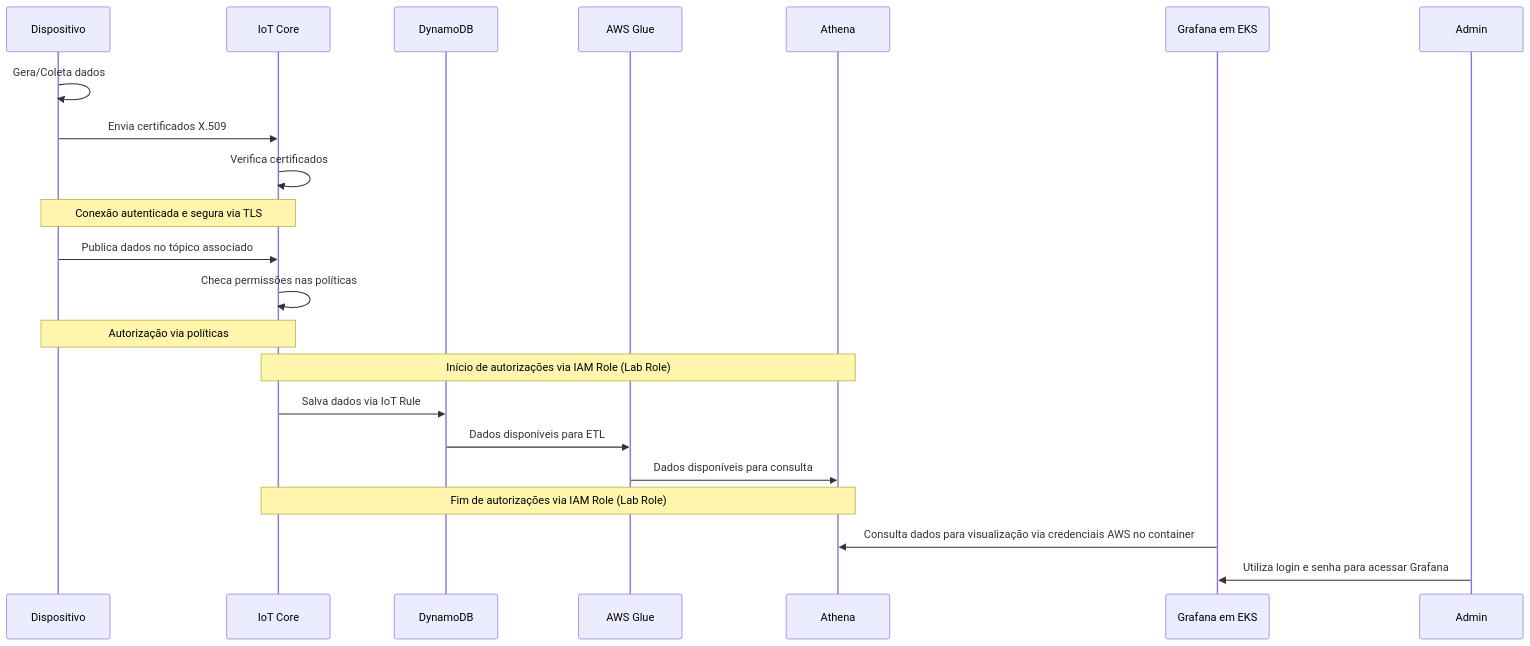
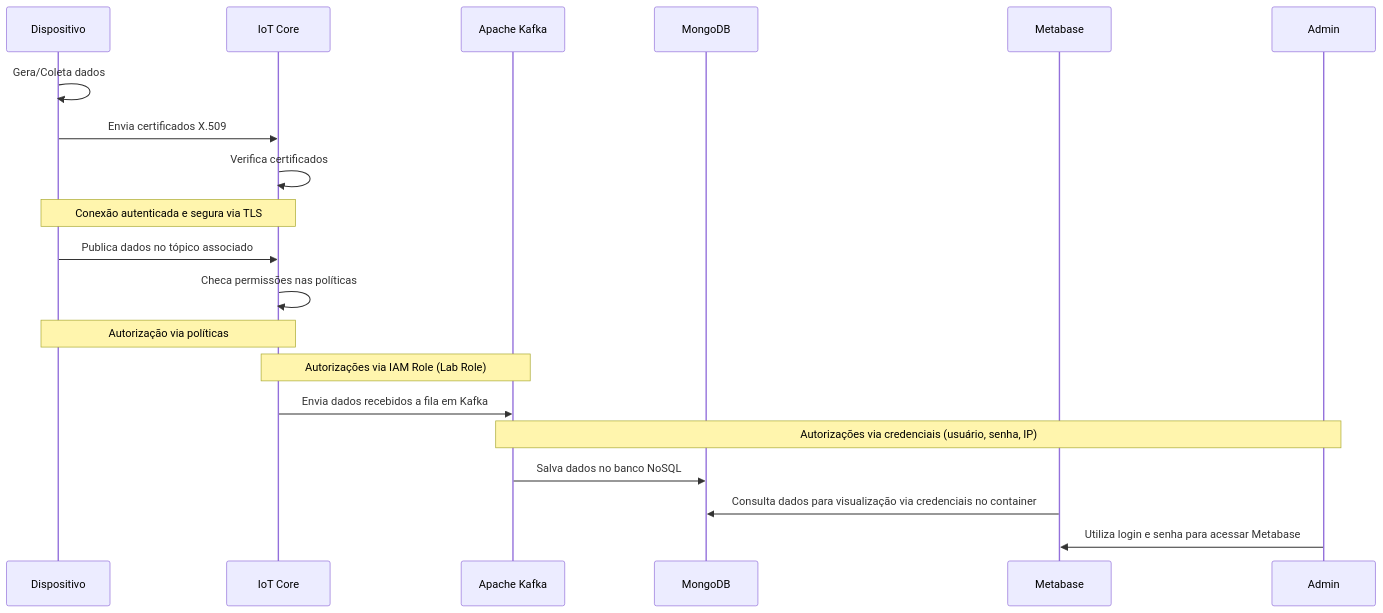
The diagram in docs/static/uml/security.mmd (Inteli-College/2024-T0002-EC09-G02), drawn with Mermaid before and after one commit. The commit also changed 4 other files, not shown here.

```diff
--- a/docs/static/uml/security.mmd
+++ b/docs/static/uml/security.mmd
@@ -1,23 +1,27 @@
 sequenceDiagram
     participant Device as Dispositivo
     participant IotCore as IoT Core
-    participant DynamoDB as DynamoDB
-    participant ColaGlue as AWS Glue
-    participant Athena as Athena
-    participant Grafana as Grafana em EKS
+    participant Kafka as Apache Kafka
+    participant Mongo as MongoDB
+    participant Metabase as Metabase
     participant Admin as Admin
 
 Device ->> Device: Gera/Coleta dados
 Device ->> IotCore: Envia certificados X.509
 IotCore ->> IotCore: Verifica certificados
+
 Note over Device, IotCore: Conexão autenticada e segura via TLS
+
 Device ->> IotCore: Publica dados no tópico associado
 IotCore ->> IotCore: Checa permissões nas políticas
+
 Note over Device, IotCore: Autorização via políticas
-Note over IotCore, Athena: Início de autorizações via IAM Role (Lab Role)
-IotCore ->> DynamoDB: Salva dados via IoT Rule
-DynamoDB ->> ColaGlue: Dados disponíveis para ETL
-ColaGlue ->> Athena: Dados disponíveis para consulta
-Note over IotCore, Athena: Fim de autorizações via IAM Role (Lab Role)
-Grafana ->> Athena: Consulta dados para visualização via credenciais AWS no container
-Admin ->> Grafana: Utiliza login e senha para acessar Grafana
+Note over IotCore, Kafka: Autorizações via IAM Role (Lab Role)
+
+IotCore ->> Kafka: Envia dados recebidos a fila em Kafka
+
+Note over Kafka, Admin: Autorizações via credenciais (usuário, senha, IP)
+
+Kafka ->> Mongo: Salva dados no banco NoSQL
+Metabase ->> Mongo: Consulta dados para visualização via credenciais no container
+Admin ->> Metabase: Utiliza login e senha para acessar Metabase
```
